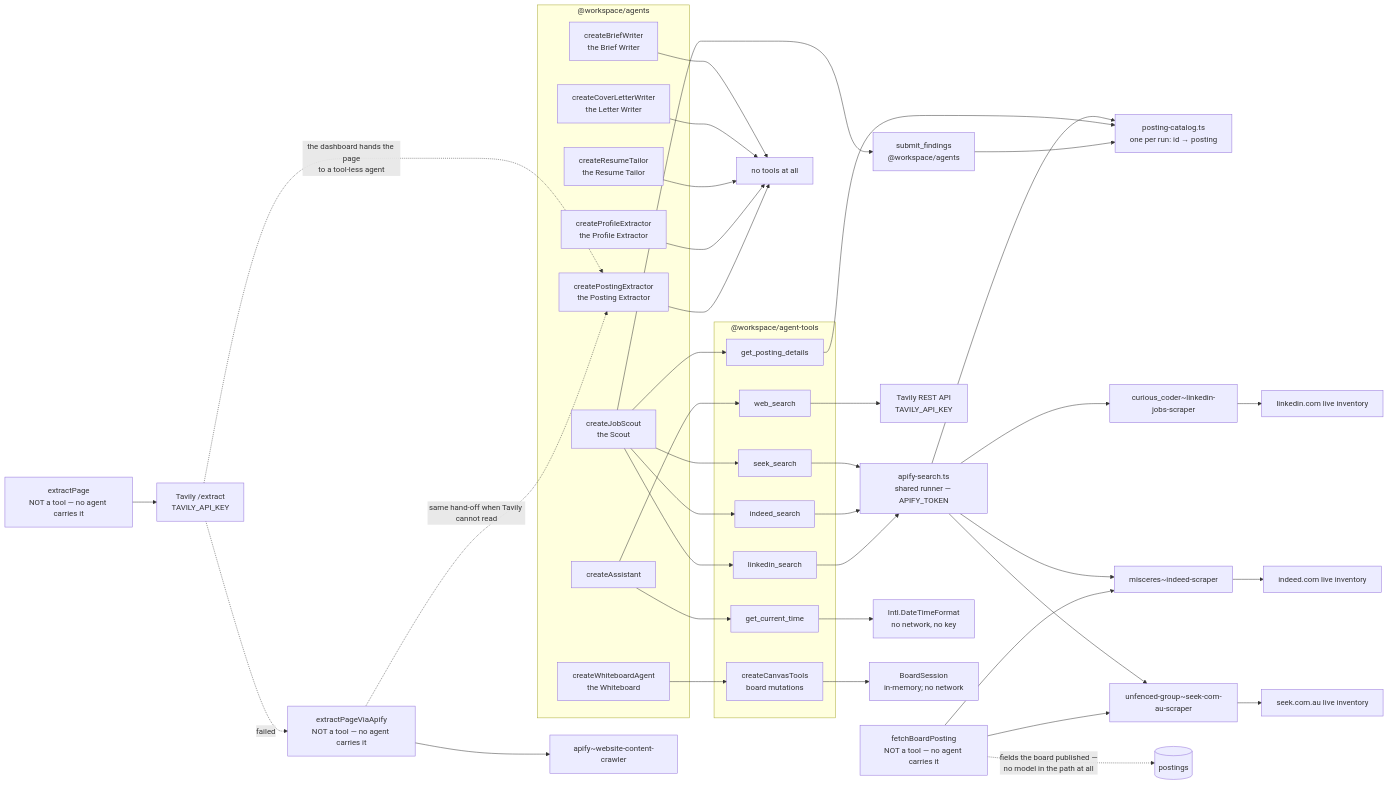
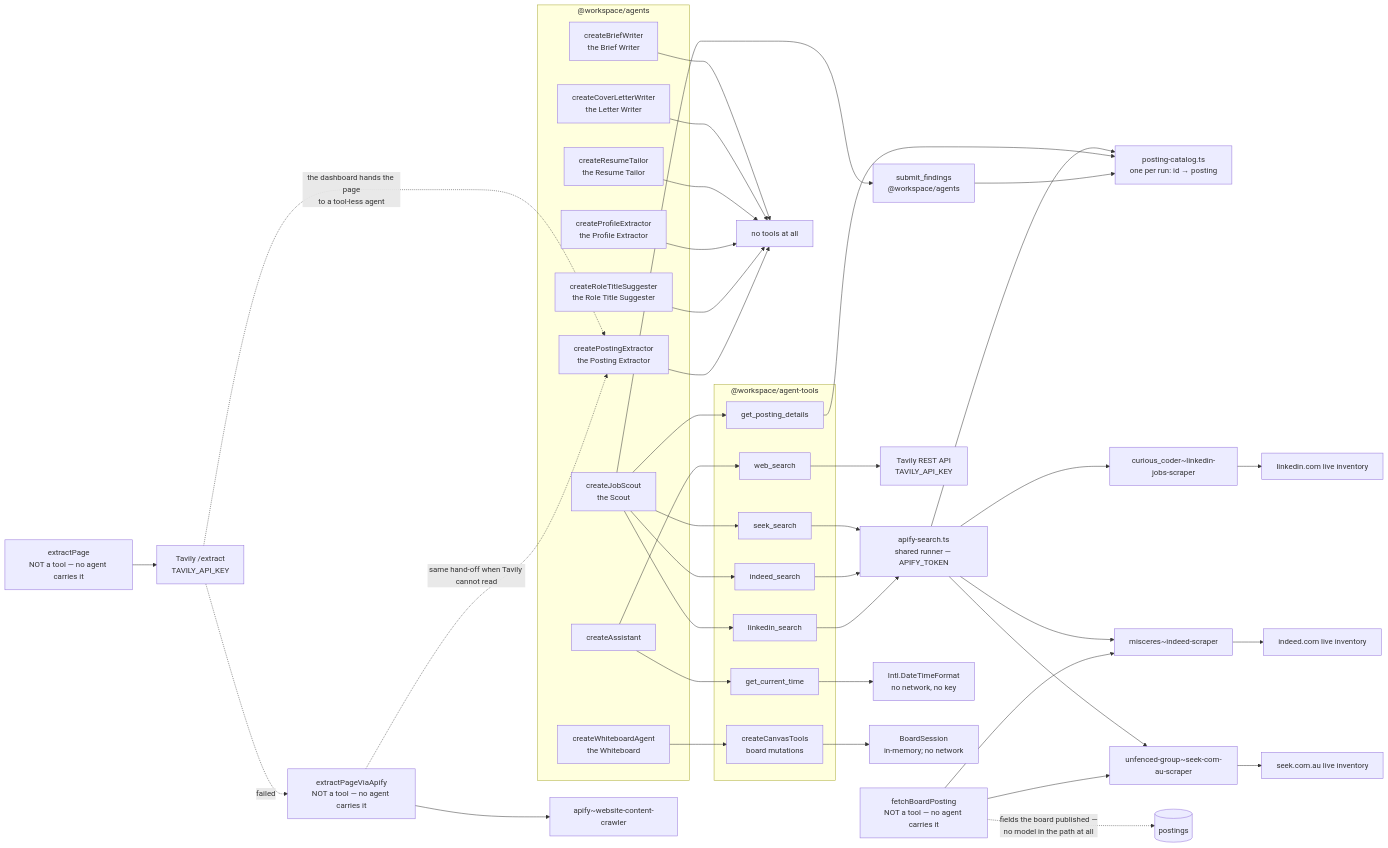
Before and after one commit to sunnyeyles/control-panel: the third of 5 diagrams in docs/agent-architecture.md, drawn with Mermaid. The commit also changed other lines of this file and 30 other files, not shown here.

````diff
--- a/docs/agent-architecture.md
+++ b/docs/agent-architecture.md
@@ -127,63 +127,65 @@
 ```mermaid
 flowchart LR
     subgraph named ["@workspace/agents"]
         SCOUT["createJobScout<br/>the Scout"]
         BW["createBriefWriter<br/>the Brief Writer"]
         CLW["createCoverLetterWriter<br/>the Letter Writer"]
         RT["createResumeTailor<br/>the Resume Tailor"]
         PE["createProfileExtractor<br/>the Profile Extractor"]
+        RTS["createRoleTitleSuggester<br/>the Role Title Suggester"]
         PX["createPostingExtractor<br/>the Posting Extractor"]
         ASST["createAssistant"]
         WB["createWhiteboardAgent<br/>the Whiteboard"]
     end
 
     subgraph catalog ["@workspace/agent-tools"]
         SEEK["seek_search"]
         IND["indeed_search"]
         LI["linkedin_search"]
         DET["get_posting_details"]
         WEB["web_search"]
         TIME["get_current_time"]
         CANVAS["createCanvasTools<br/>board mutations"]
     end
 
     NONE["no tools at all"]
 
     SCOUT --> SEEK
     SCOUT --> IND
     SCOUT --> LI
     SCOUT --> DET
     SCOUT --> SUB["submit_findings<br/>@workspace/agents"]
     ASST --> WEB
     ASST --> TIME
     WB --> CANVAS
     BW --> NONE
     CLW --> NONE
     RT --> NONE
     PE --> NONE
+    RTS --> NONE
     PX --> NONE
 
     SEEK --> RUN["apify-search.ts<br/>shared runner — APIFY_TOKEN"]
     IND --> RUN
     LI --> RUN
     RUN --> CAT["posting-catalog.ts<br/>one per run: id → posting"]
     DET --> CAT
     SUB --> CAT
     RUN --> A1["unfenced-group~seek-com-au-scraper"]
     RUN --> A2["misceres~indeed-scraper"]
     RUN --> A3["curious_coder~linkedin-jobs-scraper"]
     A1 --> L1["seek.com.au live inventory"]
     A2 --> L2["indeed.com live inventory"]
     A3 --> L3["linkedin.com live inventory"]
     WEB --> TAV["Tavily REST API<br/>TAVILY_API_KEY"]
     FETCH["extractPage<br/>NOT a tool — no agent carries it"] --> TAVX["Tavily /extract<br/>TAVILY_API_KEY"]
     TAVX -.->|"failed"| FETCH2["extractPageViaApify<br/>NOT a tool — no agent carries it"]
     FETCH2 --> A4["apify~website-content-crawler"]
     TAVX -.->|"the dashboard hands the page<br/>to a tool-less agent"| PX
     FETCH2 -.->|"same hand-off when Tavily cannot read"| PX
     BFETCH["fetchBoardPosting<br/>NOT a tool — no agent carries it"] --> A1
     BFETCH --> A2
     BFETCH -.->|"fields the board published —<br/>no model in the path at all"| PTBL[("postings")]
     TIME --> INTL["Intl.DateTimeFormat<br/>no network, no key"]
     CANVAS --> BOARD["BoardSession<br/>in-memory; no network"]
 ```
````
